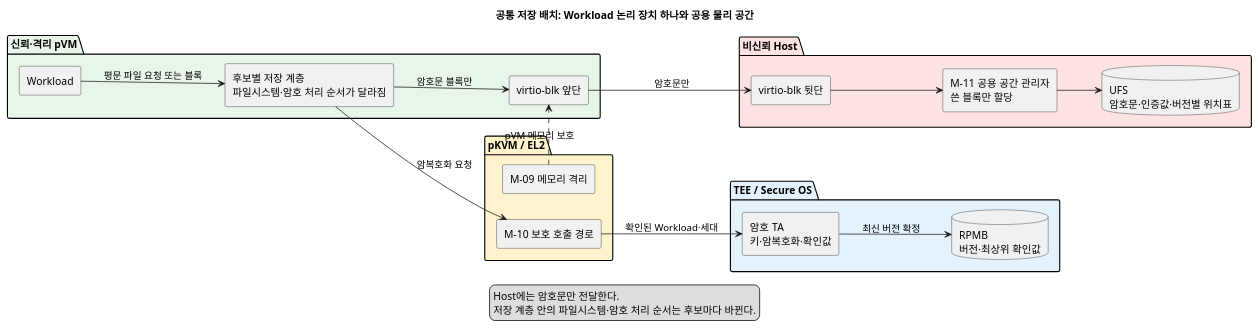
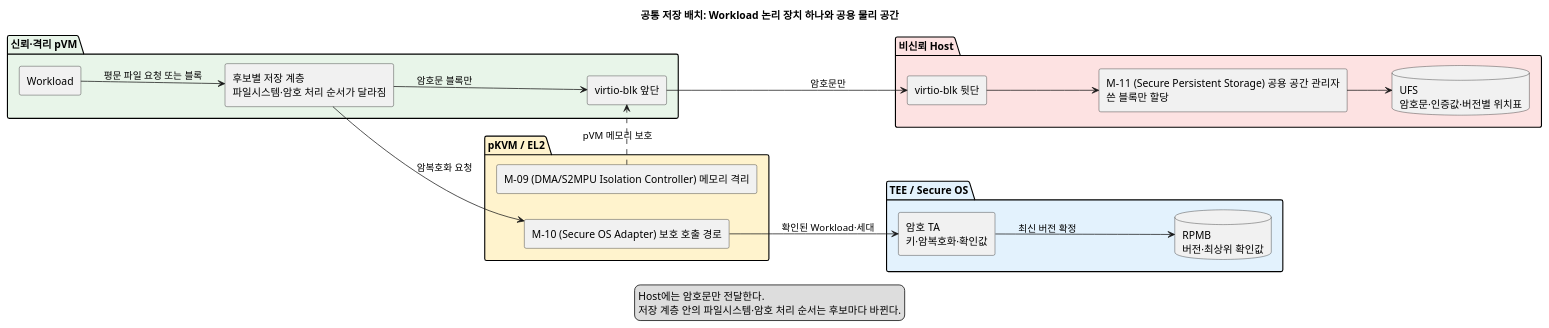
The first of 3 diagrams in docs-align/문제3_virtio-blk_공용저장_암호화_설계공간.md (boram1288/test-p), drawn with PlantUML before and after one commit. The commit also changed other lines of this file, not shown here.

````diff
--- a/docs-align/문제3_virtio-blk_공용저장_암호화_설계공간.md
+++ b/docs-align/문제3_virtio-blk_공용저장_암호화_설계공간.md
@@ -107,44 +107,44 @@
 ```plantuml
 @startuml
 title 공통 저장 배치: Workload 논리 장치 하나와 공용 물리 공간
 left to right direction
 skinparam componentStyle rectangle
 
 package "신뢰·격리 pVM" #E8F5E9 {
   component "Workload" as Workload
   component "후보별 저장 계층\n파일시스템·암호 처리 순서가 달라짐" as CryptoPlace
   component "virtio-blk 앞단" as VFront
 }
 
 package "pKVM / EL2" #FFF3CD {
-  component "M-09 메모리 격리" as M09
-  component "M-10 보호 호출 경로" as M10E
+  component "M-09 (DMA/S2MPU Isolation Controller) 메모리 격리" as M09
+  component "M-10 (Secure OS Adapter) 보호 호출 경로" as M10E
 }
 
 package "TEE / Secure OS" #E3F2FD {
   component "암호 TA\n키·암복호화·확인값" as TA
   database "RPMB\n버전·최상위 확인값" as RPMB
 }
 
 package "비신뢰 Host" #FDE2E2 {
   component "virtio-blk 뒷단" as VBack
-  component "M-11 공용 공간 관리자\n쓴 블록만 할당" as Pool
+  component "M-11 (Secure Persistent Storage) 공용 공간 관리자\n쓴 블록만 할당" as Pool
   database "UFS\n암호문·인증값·버전별 위치표" as UFS
 }
 
 Workload --> CryptoPlace : 평문 파일 요청 또는 블록
 CryptoPlace --> VFront : 암호문 블록만
 VFront --> VBack : 암호문만
 VBack --> Pool
 Pool --> UFS
 CryptoPlace --> M10E : 암복호화 요청
 M10E --> TA : 확인된 Workload·세대
 TA --> RPMB : 최신 버전 확정
 M09 ..> VFront : pVM 메모리 보호
 
 legend bottom
   Host에는 암호문만 전달한다.
   저장 계층 안의 파일시스템·암호 처리 순서는 후보마다 바뀐다.
 endlegend
 @enduml
 ```
````
